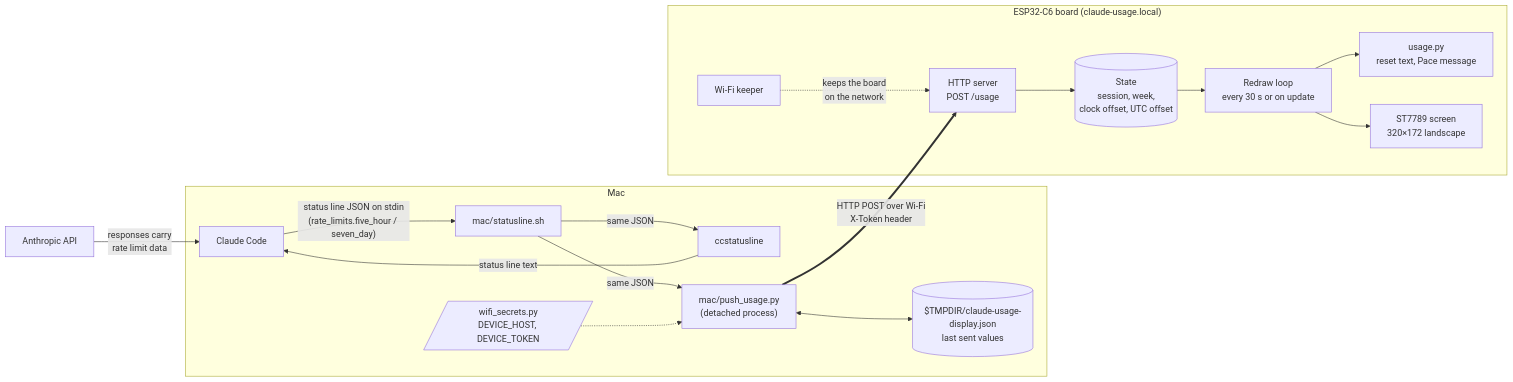
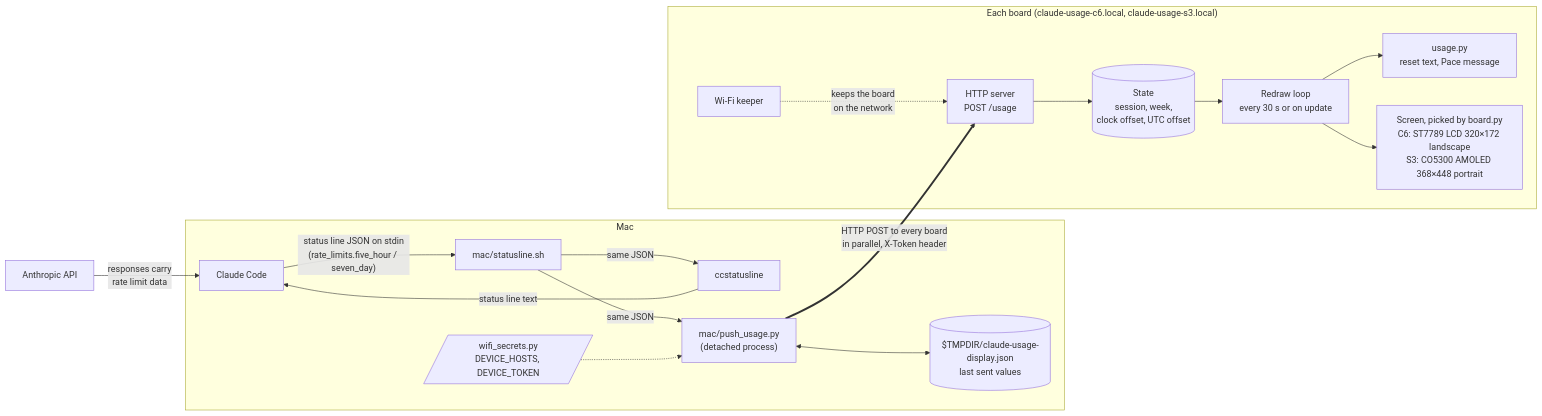
Before and after one commit to johnendean/esp32tokenusage: the first of 3 diagrams in docs/architecture.md, drawn with Mermaid. The commit also changed other lines of this file and 5 other files, not shown here.

First line of the commit message:
Send usage updates to every board on the network

````diff
--- a/docs/architecture.md
+++ b/docs/architecture.md
@@ -7,36 +7,36 @@
 ```mermaid
 flowchart LR
     api["Anthropic API"]
 
     subgraph mac["Mac"]
         cc["Claude Code"]
         wrapper["mac/statusline.sh"]
         ccs["ccstatusline"]
         push["mac/push_usage.py<br/>(detached process)"]
         cache[("$TMPDIR/claude-usage-display.json<br/>last sent values")]
-        secrets_mac[/"wifi_secrets.py<br/>DEVICE_HOST, DEVICE_TOKEN"/]
+        secrets_mac[/"wifi_secrets.py<br/>DEVICE_HOSTS, DEVICE_TOKEN"/]
     end
 
-    subgraph board["ESP32-C6 board (claude-usage.local)"]
+    subgraph board["Each board (claude-usage-c6.local, claude-usage-s3.local)"]
         server["HTTP server<br/>POST /usage"]
         state[("State<br/>session, week,<br/>clock offset, UTC offset")]
         loop["Redraw loop<br/>every 30 s or on update"]
         logic["usage.py<br/>reset text, Pace message"]
-        lcd["ST7789 screen<br/>320×172 landscape"]
+        lcd["Screen, picked by board.py<br/>C6: ST7789 LCD 320×172 landscape<br/>S3: CO5300 AMOLED 368×448 portrait"]
         wifi["Wi-Fi keeper"]
     end
 
     api -- "responses carry<br/>rate limit data" --> cc
     cc -- "status line JSON on stdin<br/>(rate_limits.five_hour / seven_day)" --> wrapper
     wrapper -- "same JSON" --> ccs
     ccs -- "status line text" --> cc
     wrapper -- "same JSON" --> push
     push <--> cache
     secrets_mac -.-> push
-    push == "HTTP POST over Wi-Fi<br/>X-Token header" ==> server
+    push == "HTTP POST to every board<br/>in parallel, X-Token header" ==> server
     server --> state
     state --> loop
     loop --> logic
     loop --> lcd
     wifi -. "keeps the board<br/>on the network" .-> server
 ```
````
